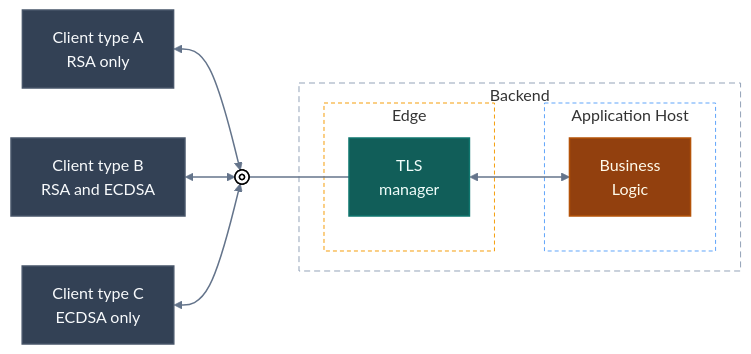
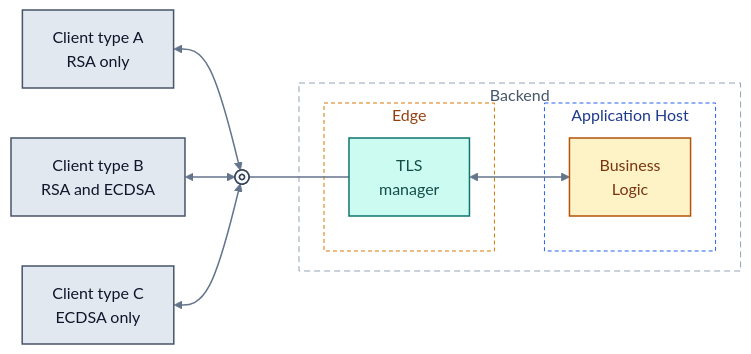
Before and after one commit to stas-sultanov/media: the second of 3 diagrams in articles/kestrel-tls-certificate-selection.md, drawn with Mermaid (forest theme). The commit also changed other lines of this file, not shown here.

````diff
--- a/articles/kestrel-tls-certificate-selection.md
+++ b/articles/kestrel-tls-certificate-selection.md
@@ -93,41 +97,41 @@
 ```mermaid
 flowchart LR
 %% nodes
 	businessLogic["Business<br>Logic"]
 	backend_endpoint["Backend Endpoint"]
 	client_type_a["Client type A<br>RSA only"]
 	client_type_b["Client type B<br>RSA and ECDSA"]
 	client_type_c["Client type C<br>ECDSA only"]
 	tlsManager["TLS<br>manager"]
 %% groups
 	subgraph backend["Backend"]
 		subgraph edge["Edge"]
 			tlsManager
 		end
 		subgraph applicationHost["Application Host"]
 			businessLogic
 		end
 	end
 %% relations
 	client_type_a <--> backend_endpoint
 	client_type_b <--> backend_endpoint
 	client_type_c <--> backend_endpoint
 	backend_endpoint --- tlsManager
 	tlsManager <--> businessLogic
 %% styles
 	backend_endpoint@{ shape: fr-circ}
 	backend_endpoint:::Endpoint
 	tlsManager:::Tls
 	businessLogic:::Application
 	client_type_a:::Client
 	client_type_b:::Client
 	client_type_c:::Client
-	classDef Client stroke-width:1.5px,stroke-dasharray:none,stroke:#475569,fill:#334155,color:#F8FAFC
-	classDef Tls stroke-width:1.5px,stroke-dasharray:none,stroke:#0F766E,fill:#115E59,color:#F0FDFA
-	classDef Application stroke-width:1.5px,stroke-dasharray:none,stroke:#B45309,fill:#92400E,color:#FFFBEB
-	classDef Endpoint stroke-width:1.5px,stroke-dasharray:none,stroke:#000000,fill:#FFFFFF
-	style backend fill:transparent,stroke:#94A3B8,stroke-width:1px,stroke-dasharray:6 4
-	style edge fill:transparent,stroke:#F59E0B,stroke-width:1px,stroke-dasharray:4 3
-	style applicationHost fill:transparent,stroke:#60A5FA,stroke-width:1px,stroke-dasharray:4 3
+	classDef Client stroke-width:1.5px,stroke-dasharray:none,stroke:#475569,fill:#E2E8F0,color:#0F172A
+	classDef Tls stroke-width:1.5px,stroke-dasharray:none,stroke:#0F766E,fill:#CCFBF1,color:#134E4A
+	classDef Application stroke-width:1.5px,stroke-dasharray:none,stroke:#B45309,fill:#FEF3C7,color:#78350F
+	classDef Endpoint stroke-width:1.5px,stroke-dasharray:none,stroke:#334155,fill:#F8FAFC,color:#0F172A
+	style backend fill:transparent,stroke:#94A3B8,stroke-width:1px,stroke-dasharray:6 4,color:#475569
+	style edge fill:transparent,stroke:#D97706,stroke-width:1px,stroke-dasharray:4 3,color:#92400E
+	style applicationHost fill:transparent,stroke:#2563EB,stroke-width:1px,stroke-dasharray:4 3,color:#1E3A8A
 	linkStyle default stroke:#64748B,stroke-width:1.5px
 ```
````
